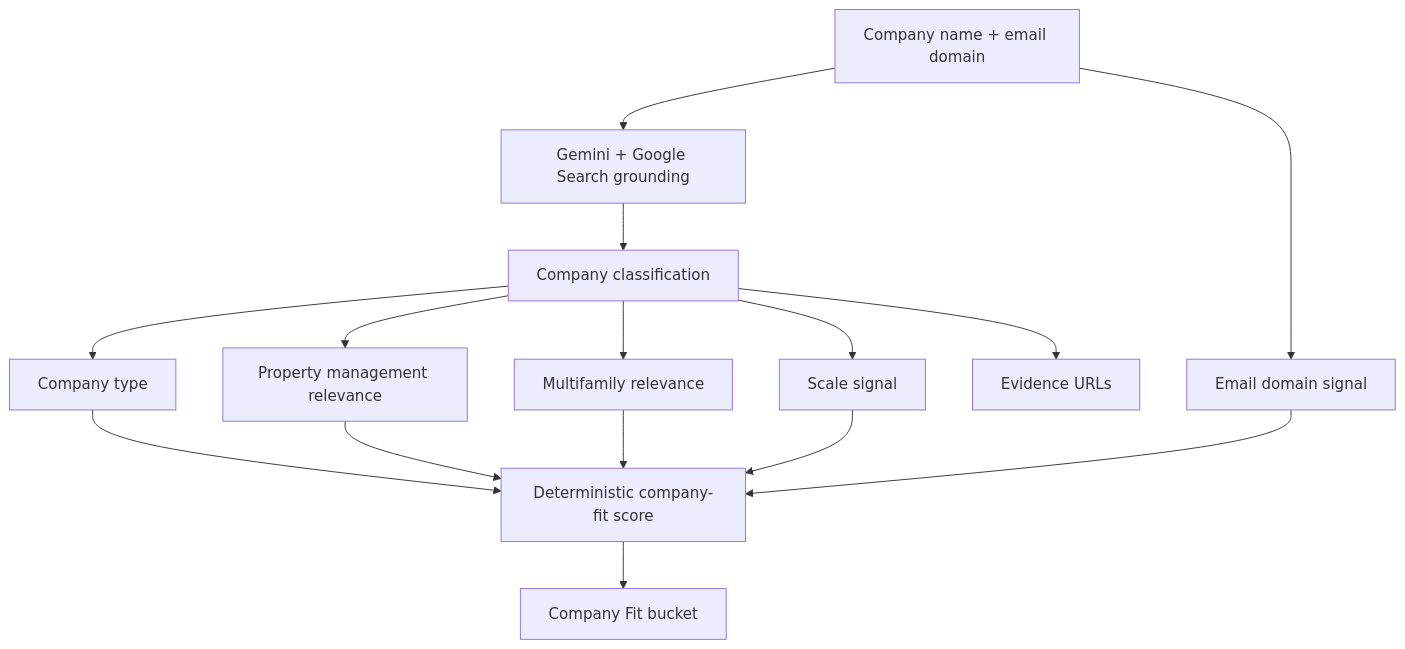
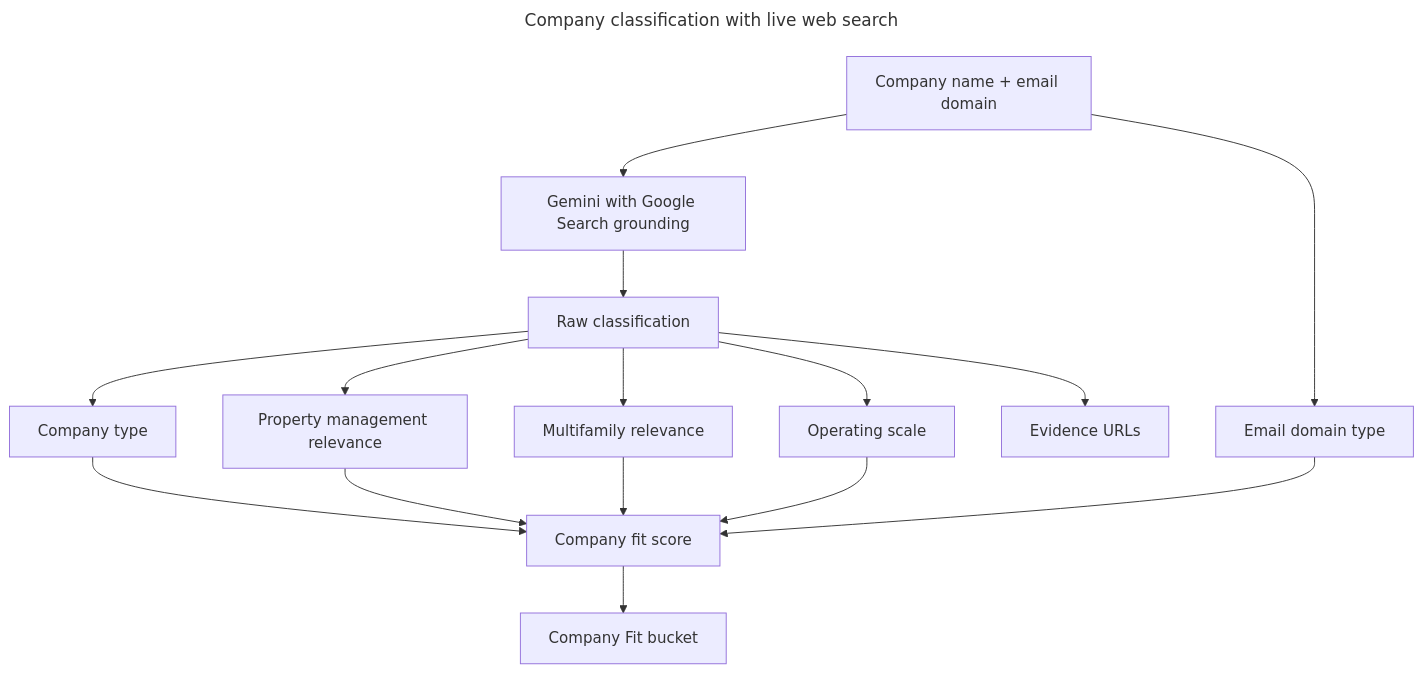
The second of 6 diagrams in README.md (Kohralle/Property-Management-Lead-Enricher), drawn with Mermaid before and after one commit. The commit also changed other lines of this file and 1 other file, not shown here.

First line of the commit message:
Improve diagram labels and tailor email pitch by company profile

````diff
--- a/README.md
+++ b/README.md
@@ -41,17 +43,20 @@
 ```mermaid
+---
+title: Company classification with live web search
+---
 flowchart TD
-    A[Company name + email domain] --> B[Gemini + Google Search grounding]
-    B --> C[Company classification]
+    A[Company name + email domain] --> B[Gemini with Google Search grounding]
+    B --> C[Raw classification]
     C --> D[Company type]
     C --> E[Property management relevance]
     C --> F[Multifamily relevance]
-    C --> G[Scale signal]
+    C --> G[Operating scale]
     C --> H[Evidence URLs]
-    D --> I[Deterministic company-fit score]
+    D --> I[Company fit score]
     E --> I
     F --> I
     G --> I
-    A --> J[Email domain signal]
+    A --> J[Email domain type]
     J --> I
     I --> K[Company Fit bucket]
 ```
````
